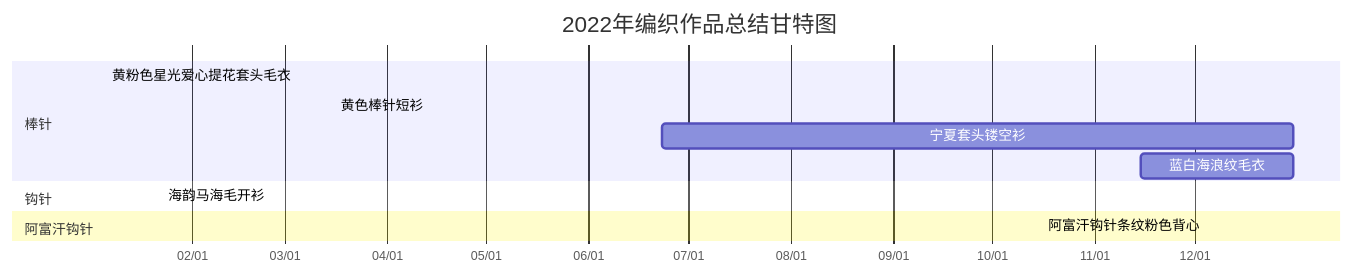
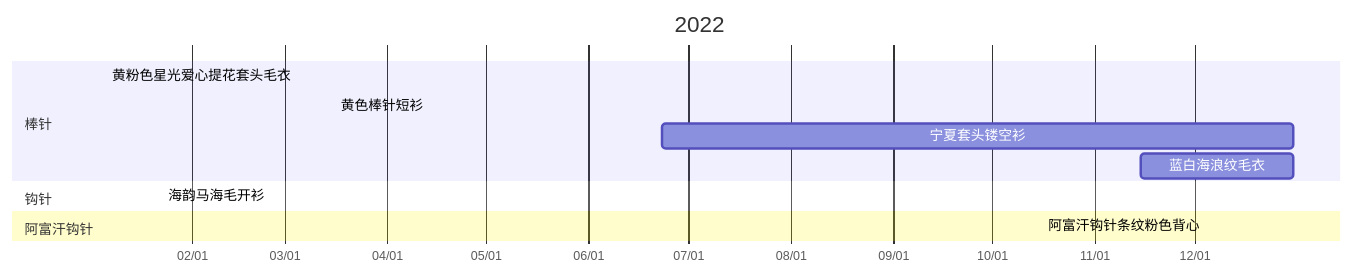
One commit to JiYouMCC/JiYouMCC.github.io changed the diagram in _posts/2019-01-29-86.markdown. Above: the diagram before and after it, drawn with Mermaid.

````diff
--- a/_posts/2019-01-29-86.markdown
+++ b/_posts/2019-01-29-86.markdown
@@ -18,14 +18,14 @@
 ```mermaid
 gantt
-    title 2022年编织作品总结甘特图
+    title 2022
     axisFormat %m/%d
     section 棒针
     黄粉色星光爱心提花套头毛衣   :done,   a1,2022-01-06, 2022-05-08
     黄色棒针短衫                :done,   2022-03-16, 2022-06-21
     宁夏套头镂空衫              :active  2022-06-23,191d
     蓝白海浪纹毛衣              :active  2022-11-15, 46d 
     section 钩针
     海韵马海毛开衫              :done,  a5,2022-01-23, 2022-11-15 
     section 阿富汗钩针
     阿富汗钩针条纹粉色背心       :done,  2022-10-16, 2022-10-30  
 ```
````
